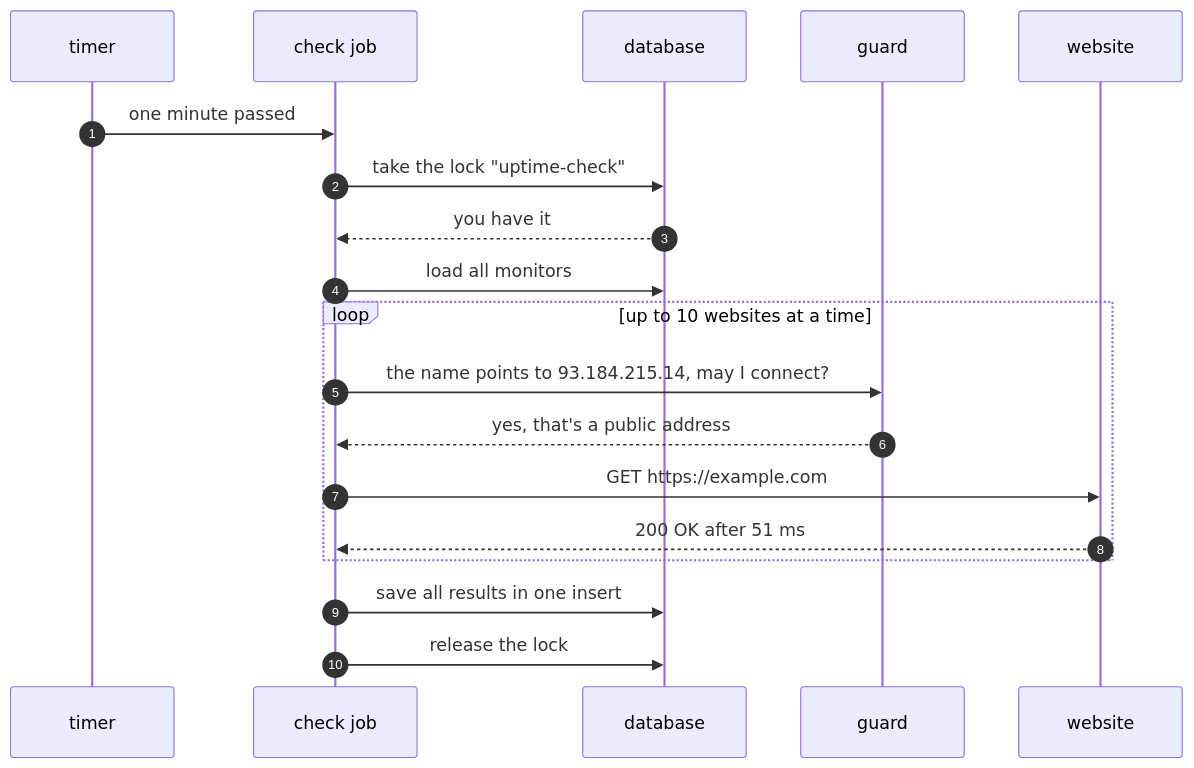
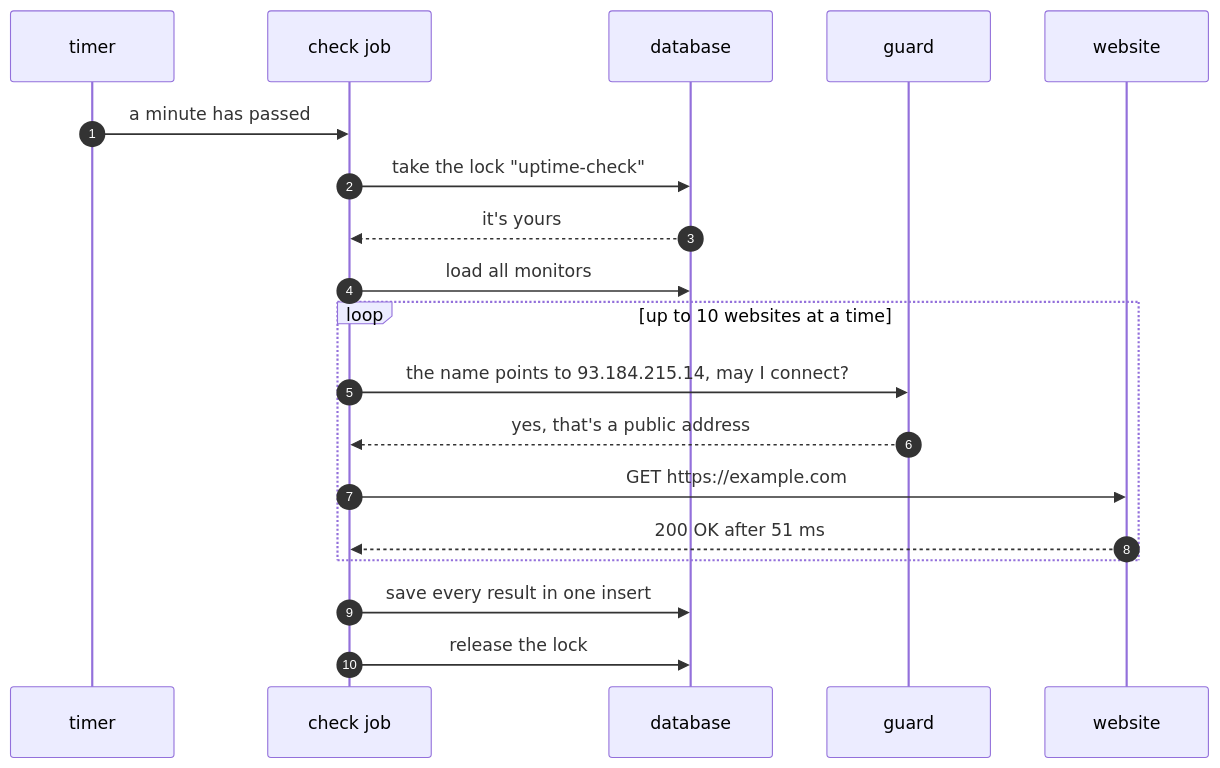
The third of 4 diagrams in docs/storybook/01-meet-the-app.md (shadreza/aws-three-tier-cloud-ref-architecture), drawn with Mermaid before and after one commit. The commit also changed other lines of this file and 23 other files, not shown here.

````diff
--- a/docs/storybook/01-meet-the-app.md
+++ b/docs/storybook/01-meet-the-app.md
@@ -108,21 +97,21 @@
 ```mermaid
 sequenceDiagram
     autonumber
     participant T as timer
     participant C as check job
     participant DB as database
     participant G as guard
     participant W as website
-    T->>C: one minute passed
+    T->>C: a minute has passed
     C->>DB: take the lock "uptime-check"
-    DB-->>C: you have it
+    DB-->>C: it's yours
     C->>DB: load all monitors
     loop up to 10 websites at a time
         C->>G: the name points to 93.184.215.14, may I connect?
         G-->>C: yes, that's a public address
         C->>W: GET https://example.com
         W-->>C: 200 OK after 51 ms
     end
-    C->>DB: save all results in one insert
+    C->>DB: save every result in one insert
     C->>DB: release the lock
 ```
````
